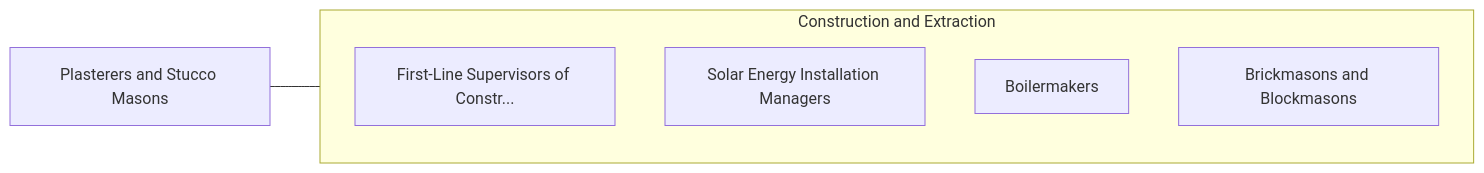
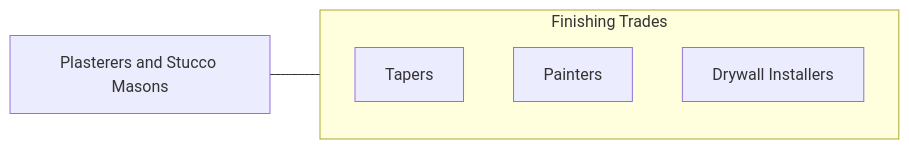
The fourth of 4 diagrams in occupations/Construction/PlasterersAndStuccoMasons.mdx (kziemski/business.org.ai), drawn with Mermaid before and after one commit. The commit also changed other lines of this file and 938 other files, not shown here.

````diff
--- a/occupations/Construction/PlasterersAndStuccoMasons.mdx
+++ b/occupations/Construction/PlasterersAndStuccoMasons.mdx
@@ -112,13 +169,10 @@
 ```mermaid
 graph LR
     Current["Plasterers and Stucco Masons"]
-
-    subgraph SameCategory["Construction and Extraction"]
-        FirstLineSupervisors["First-Line Supervisors of Constr..."]
-        SolarEnergyInstallat["Solar Energy Installation Managers"]
-        Boilermakers["Boilermakers"]
-        BrickmasonsAndBlockm["Brickmasons and Blockmasons"]
+    subgraph Same["Finishing Trades"]
+        Taper["Tapers"]
+        Painter["Painters"]
+        Drywall["Drywall Installers"]
     end
-
-    Current --- SameCategory
+    Current --- Same
 ```
````
